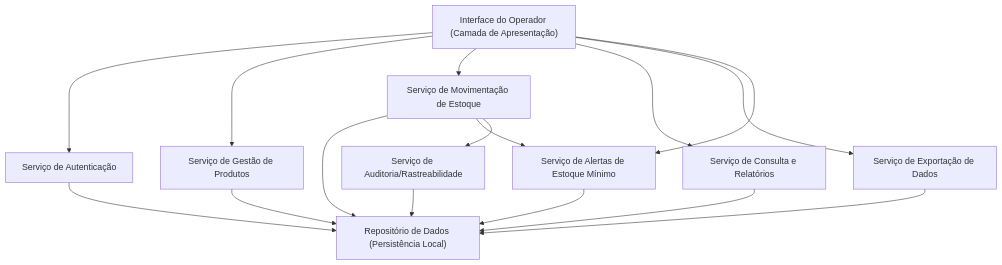
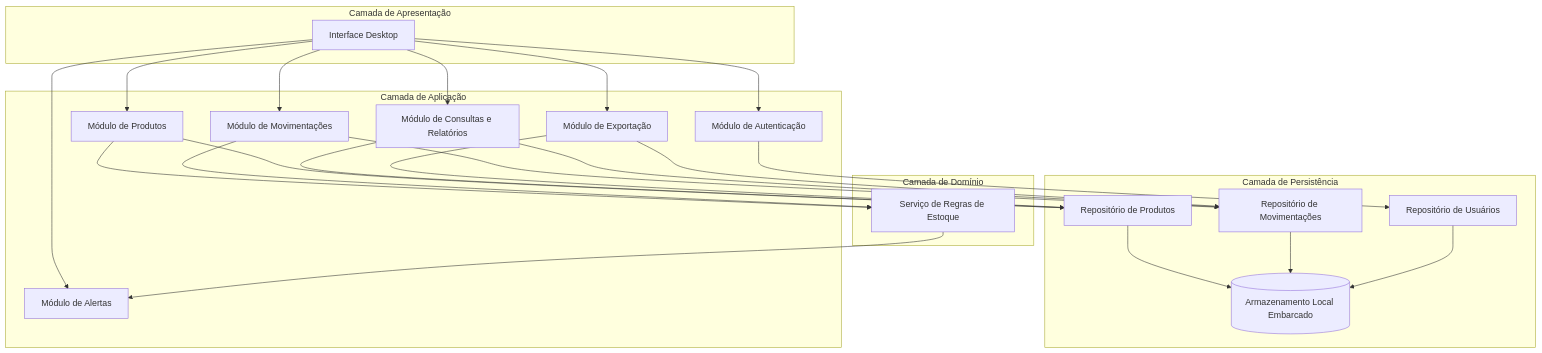
Before and after one commit to PDC-ESIA/AI4ES: the first of 3 diagrams in docs/Time_2_Design/analise-qualitativa/outputs/relatorio_claude_sonnet_5_P03.md, drawn with Mermaid. The commit also changed other lines of this file and 107 other files, not shown here.

````diff
--- a/docs/Time_2_Design/analise-qualitativa/outputs/relatorio_claude_sonnet_5_P03.md
+++ b/docs/Time_2_Design/analise-qualitativa/outputs/relatorio_claude_sonnet_5_P03.md
@@ -25,29 +27,49 @@
 ```mermaid
 graph TD
-    UI["Interface do Operador (Camada de Apresentação)"]
-    AUTH["Serviço de Autenticação"]
-    PROD["Serviço de Gestão de Produtos"]
-    MOV["Serviço de Movimentação de Estoque"]
-    ALERTA["Serviço de Alertas de Estoque Mínimo"]
-    CONSULTA["Serviço de Consulta e Relatórios"]
-    EXPORT["Serviço de Exportação de Dados"]
-    REPO["Repositório de Dados (Persistência Local)"]
-    LOG["Serviço de Auditoria/Rastreabilidade"]
+    subgraph Camada de Apresentação
+        UI[Interface Desktop]
+    end
+
+    subgraph Camada de Aplicação
+        AUTH[Módulo de Autenticação]
+        PROD[Módulo de Produtos]
+        MOV[Módulo de Movimentações]
+        ALERTA[Módulo de Alertas]
+        CONS[Módulo de Consultas e Relatórios]
+        EXPORT[Módulo de Exportação]
+    end
+
+    subgraph Camada de Domínio
+        ESTOQUE[Serviço de Regras de Estoque]
+    end
+
+    subgraph Camada de Persistência
+        REPO_PROD[Repositório de Produtos]
+        REPO_MOV[Repositório de Movimentações]
+        REPO_USER[Repositório de Usuários]
+        DB[(Armazenamento Local Embarcado)]
+    end
 
     UI --> AUTH
     UI --> PROD
     UI --> MOV
-    UI --> CONSULTA
+    UI --> CONS
     UI --> EXPORT
     UI --> ALERTA
 
-    PROD --> REPO
-    MOV --> REPO
-    MOV --> ALERTA
-    MOV --> LOG
-    CONSULTA --> REPO
-    EXPORT --> REPO
-    ALERTA --> REPO
-    LOG --> REPO
-    AUTH --> REPO
+    PROD --> ESTOQUE
+    MOV --> ESTOQUE
+    ESTOQUE --> ALERTA
+
+    PROD --> REPO_PROD
+    MOV --> REPO_MOV
+    AUTH --> REPO_USER
+    CONS --> REPO_PROD
+    CONS --> REPO_MOV
+    EXPORT --> REPO_PROD
+    EXPORT --> REPO_MOV
+
+    REPO_PROD --> DB
+    REPO_MOV --> DB
+    REPO_USER --> DB
 ```
````
